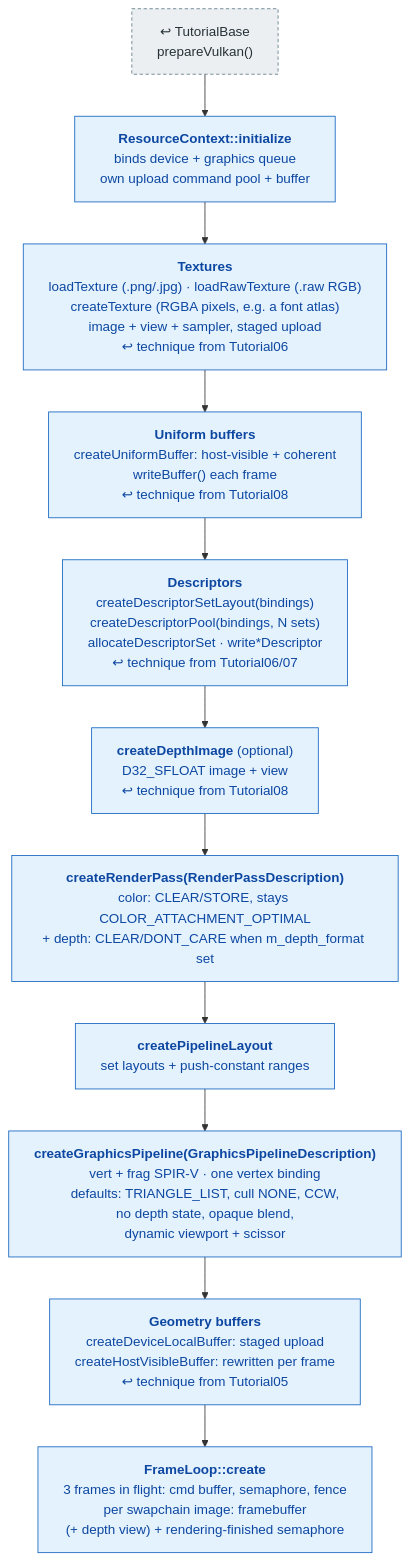
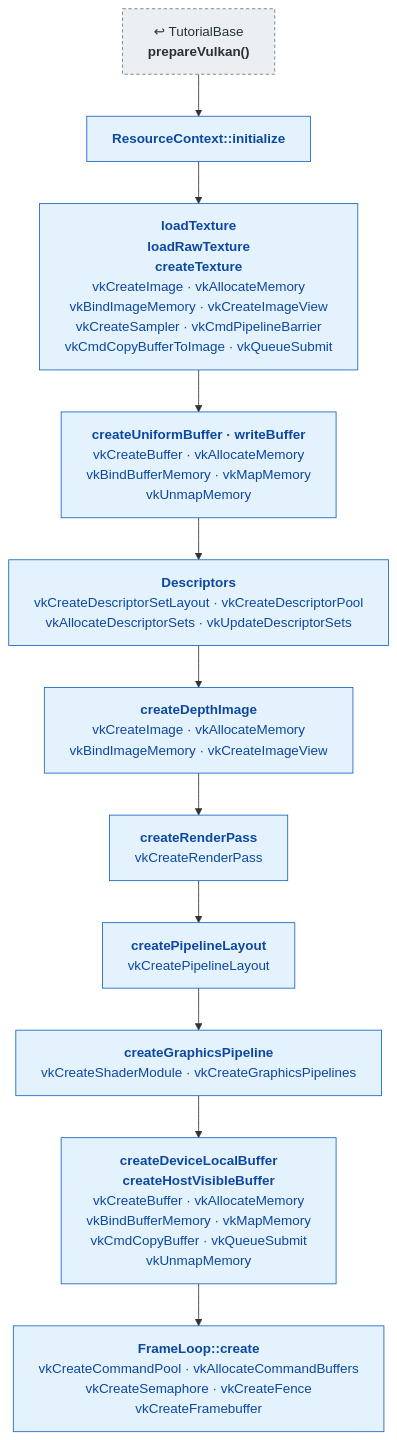
One commit to mehoggan/vulkan_graphix changed the first of 2 diagrams in docs/pipeline/vulkancommon.md. Above: the diagram before and after it, drawn with Mermaid. The commit also changed other lines of this file and 24 other files, not shown here.

First line of the commit message:
docs: label pipeline boxes with the Vulkan calls each step makes

````diff
--- a/docs/pipeline/vulkancommon.md
+++ b/docs/pipeline/vulkancommon.md
@@ -16,21 +16,21 @@
 ```mermaid
 %%{init: {"flowchart": {"wrappingWidth": 400}}}%%
 flowchart TD
     classDef reused fill:#eceff1,stroke:#607d8b,stroke-dasharray:4 3,color:#263238
     classDef shared fill:#e3f2fd,stroke:#1565c0,color:#0d47a1
     classDef frame fill:#f3e5f5,stroke:#6a1b9a,color:#311b92
 
-    BASE["↩ TutorialBase<br/>prepareVulkan()"]:::reused
-    INIT["<b>ResourceContext::initialize</b><br/>binds device + graphics queue<br/>own upload command pool + buffer"]:::shared
-    TEX["<b>Textures</b><br/>loadTexture (.png/.jpg) · loadRawTexture (.raw RGB)<br/>createTexture (RGBA pixels, e.g. a font atlas)<br/>image + view + sampler, staged upload<br/>↩ technique from Tutorial06"]:::shared
-    UBO["<b>Uniform buffers</b><br/>createUniformBuffer: host-visible + coherent<br/>writeBuffer() each frame<br/>↩ technique from Tutorial08"]:::shared
-    DESC["<b>Descriptors</b><br/>createDescriptorSetLayout(bindings)<br/>createDescriptorPool(bindings, N sets)<br/>allocateDescriptorSet · write*Descriptor<br/>↩ technique from Tutorial06/07"]:::shared
-    DEPTH["<b>createDepthImage</b> (optional)<br/>D32_SFLOAT image + view<br/>↩ technique from Tutorial08"]:::shared
-    RP["<b>createRenderPass(RenderPassDescription)</b><br/>color: CLEAR/STORE, stays COLOR_ATTACHMENT_OPTIMAL<br/>+ depth: CLEAR/DONT_CARE when m_depth_format set"]:::shared
-    PL["<b>createPipelineLayout</b><br/>set layouts + push-constant ranges"]:::shared
-    GP["<b>createGraphicsPipeline(GraphicsPipelineDescription)</b><br/>vert + frag SPIR-V · one vertex binding<br/>defaults: TRIANGLE_LIST, cull NONE, CCW,<br/>no depth state, opaque blend,<br/>dynamic viewport + scissor"]:::shared
-    VB["<b>Geometry buffers</b><br/>createDeviceLocalBuffer: staged upload<br/>createHostVisibleBuffer: rewritten per frame<br/>↩ technique from Tutorial05"]:::shared
-    FL["<b>FrameLoop::create</b><br/>3 frames in flight: cmd buffer, semaphore, fence<br/>per swapchain image: framebuffer<br/>(+ depth view) + rendering-finished semaphore"]:::shared
+    BASE["↩ TutorialBase<br/><b>prepareVulkan()</b>"]:::reused
+    INIT["<b>ResourceContext::initialize</b>"]:::shared
+    TEX["<b>loadTexture</b><br/><b>loadRawTexture</b><br/><b>createTexture</b><br/>vkCreateImage  ·  vkAllocateMemory<br/>vkBindImageMemory  ·  vkCreateImageView<br/>vkCreateSampler  ·  vkCmdPipelineBarrier<br/>vkCmdCopyBufferToImage  ·  vkQueueSubmit"]:::shared
+    UBO["<b>createUniformBuffer · writeBuffer</b><br/>vkCreateBuffer  ·  vkAllocateMemory<br/>vkBindBufferMemory  ·  vkMapMemory<br/>vkUnmapMemory"]:::shared
+    DESC["<b>Descriptors</b><br/>vkCreateDescriptorSetLayout  ·  vkCreateDescriptorPool<br/>vkAllocateDescriptorSets  ·  vkUpdateDescriptorSets"]:::shared
+    DEPTH["<b>createDepthImage</b><br/>vkCreateImage  ·  vkAllocateMemory<br/>vkBindImageMemory  ·  vkCreateImageView"]:::shared
+    RP["<b>createRenderPass</b><br/>vkCreateRenderPass"]:::shared
+    PL["<b>createPipelineLayout</b><br/>vkCreatePipelineLayout"]:::shared
+    GP["<b>createGraphicsPipeline</b><br/>vkCreateShaderModule  ·  vkCreateGraphicsPipelines"]:::shared
+    VB["<b>createDeviceLocalBuffer</b><br/><b>createHostVisibleBuffer</b><br/>vkCreateBuffer  ·  vkAllocateMemory<br/>vkBindBufferMemory  ·  vkMapMemory<br/>vkCmdCopyBuffer  ·  vkQueueSubmit<br/>vkUnmapMemory"]:::shared
+    FL["<b>FrameLoop::create</b><br/>vkCreateCommandPool  ·  vkAllocateCommandBuffers<br/>vkCreateSemaphore  ·  vkCreateFence<br/>vkCreateFramebuffer"]:::shared
 
     BASE --> INIT --> TEX --> UBO --> DESC --> DEPTH --> RP --> PL --> GP --> VB --> FL
 ```
````
